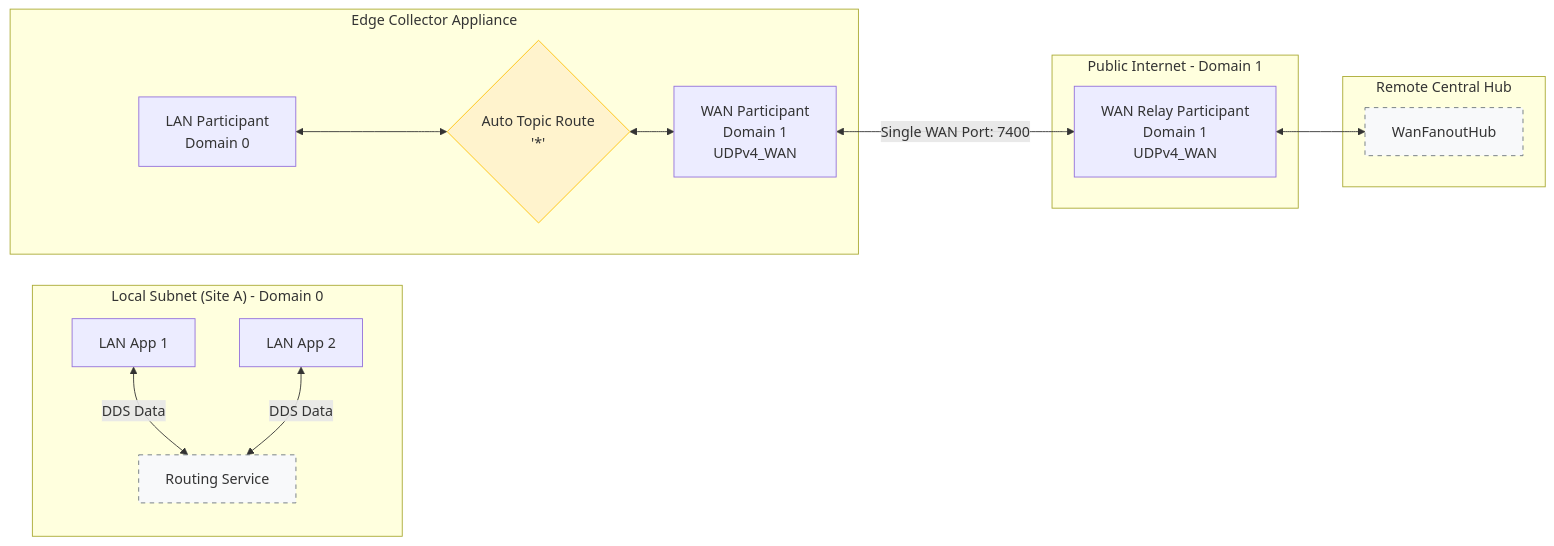
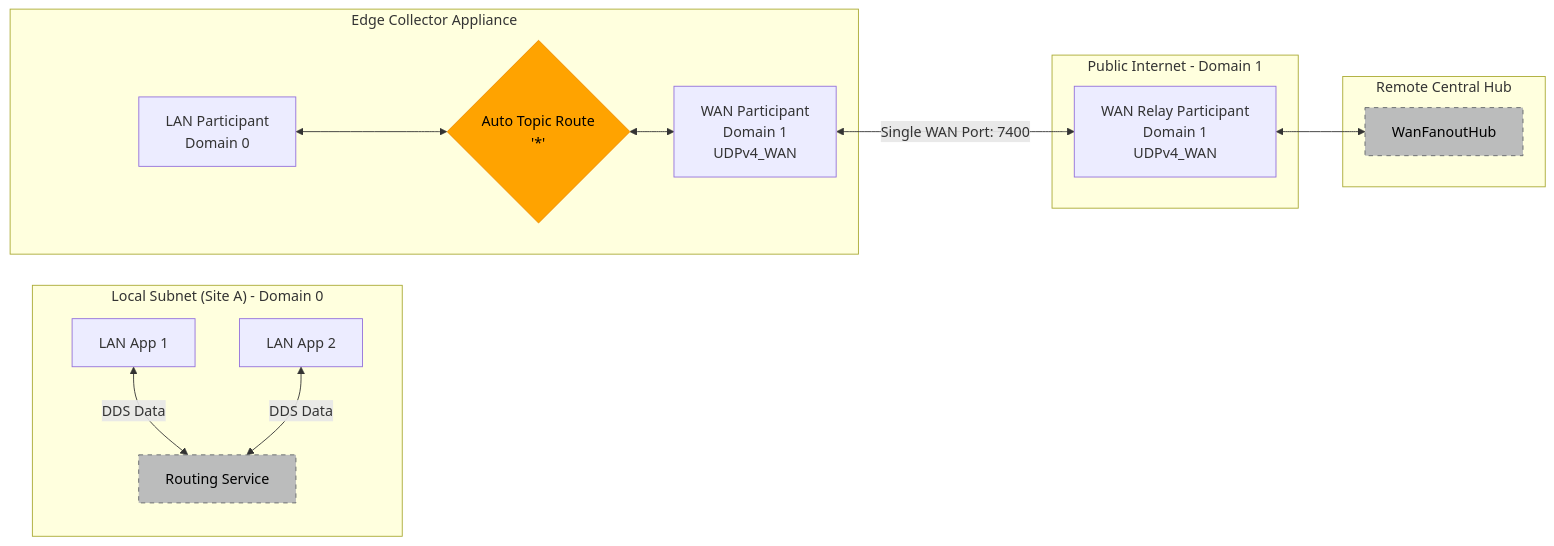
One commit to ajmhs/connext_appliance changed the second of 3 diagrams in examples/2. Routing Service/README.md. Above: the diagram before and after it, drawn with Mermaid. The commit also changed other lines of this file and 8 other files, not shown here.

````diff
--- a/examples/2. Routing Service/README.md
+++ b/examples/2. Routing Service/README.md
@@ -37,25 +67,25 @@
 ```mermaid
 graph LR
     subgraph "Local Subnet (Site A) - Domain 0"
         AppA1[LAN App 1] <-->|DDS Data| EdgeRS
         AppA2[LAN App 2] <-->|DDS Data| EdgeRS
     end
 
     subgraph "Edge Collector Appliance"
         EdgeRS[Routing Service]
         InternalPart[LAN Participant<br>Domain 0] <--> Route{Auto Topic Route<br>'*'}
         Route <--> ExternalPart[WAN Participant<br>Domain 1<br>UDPv4_WAN]
     end
 
     subgraph "Public Internet - Domain 1"
         ExternalPart <-->|Single WAN Port: 7400| HubPart
     end
 
     subgraph "Remote Central Hub"
         HubPart[WAN Relay Participant<br>Domain 1<br>UDPv4_WAN] <--> CentralHub[WanFanoutHub]
     end
 
-    style EdgeRS fill:#f8f9fa,stroke:#6c757d,stroke-dasharray: 5 5
-    style CentralHub fill:#f8f9fa,stroke:#6c757d,stroke-dasharray: 5 5
-    style Route fill:#fff3cd,stroke:#ffc107
+    style EdgeRS fill:#BBBCBC,stroke:#63666A,stroke-dasharray: 5 5,color:#000
+    style CentralHub fill:#BBBCBC,stroke:#63666A,stroke-dasharray: 5 5,color:#000
+    style Route fill:#FFA300,stroke:#ED8B00,color:#000
 ```
````
